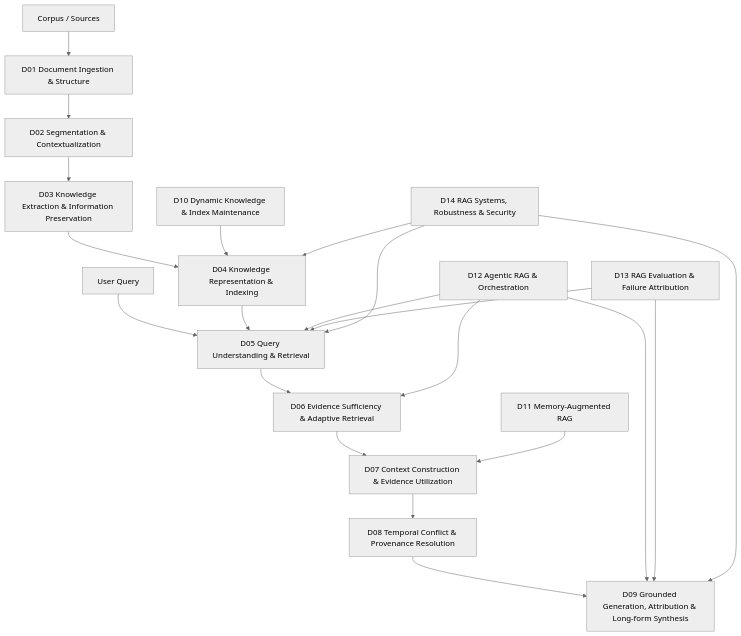
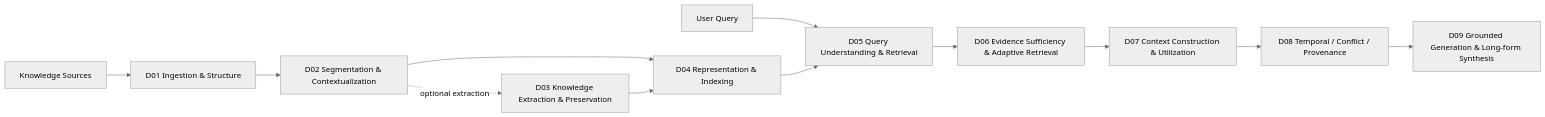
One commit to Cycl0n3-ga/RAG-survey changed the first of 2 diagrams in 00 - 導覽與心智圖 (Navigation & MOC)/RAG Research Taxonomy & Domain Map.md. Above: the diagram before and after it, drawn with Mermaid (neutral theme). The commit also changed other lines of this file and 24 other files, not shown here.

````diff
--- a/00 - 導覽與心智圖 (Navigation & MOC)/RAG Research Taxonomy & Domain Map.md
+++ b/00 - 導覽與心智圖 (Navigation & MOC)/RAG Research Taxonomy & Domain Map.md
@@ -25,23 +20,16 @@
 ```mermaid
-flowchart TD
-    C["Corpus / Sources"] --> D01["D01 Document Ingestion & Structure"]
+flowchart LR
+    SRC["Knowledge Sources"] --> D01["D01 Ingestion & Structure"]
     D01 --> D02["D02 Segmentation & Contextualization"]
-    D02 --> D03["D03 Knowledge Extraction & Information Preservation"]
-    D03 --> D04["D04 Knowledge Representation & Indexing"]
+
+    D02 --> D04["D04 Representation & Indexing"]
+    D02 -. "optional extraction" .-> D03["D03 Knowledge Extraction & Preservation"]
+    D03 --> D04
+
     Q["User Query"] --> D05["D05 Query Understanding & Retrieval"]
     D04 --> D05
     D05 --> D06["D06 Evidence Sufficiency & Adaptive Retrieval"]
-    D06 --> D07["D07 Context Construction & Evidence Utilization"]
-    D07 --> D08["D08 Temporal Conflict & Provenance Resolution"]
-    D08 --> D09["D09 Grounded Generation, Attribution & Long-form Synthesis"]
-    D10["D10 Dynamic Knowledge & Index Maintenance"] --> D04
-    D11["D11 Memory-Augmented RAG"] --> D07
-    D12["D12 Agentic RAG & Orchestration"] --> D05
-    D12 --> D06
-    D12 --> D09
-    D13["D13 RAG Evaluation & Failure Attribution"] --> D05
-    D13 --> D09
-    D14["D14 RAG Systems, Robustness & Security"] --> D04
-    D14 --> D05
-    D14 --> D09
+    D06 --> D07["D07 Context Construction & Utilization"]
+    D07 --> D08["D08 Temporal / Conflict / Provenance"]
+    D08 --> D09["D09 Grounded Generation & Long-form Synthesis"]
 ```
````
